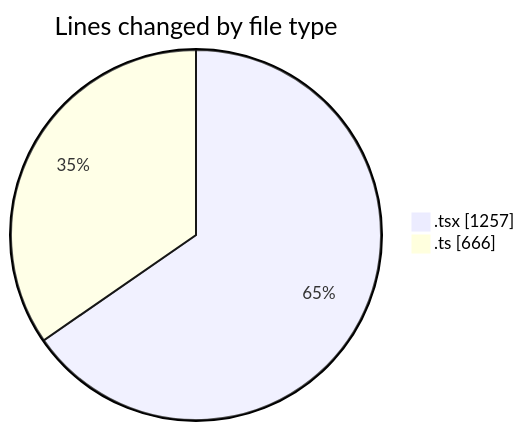
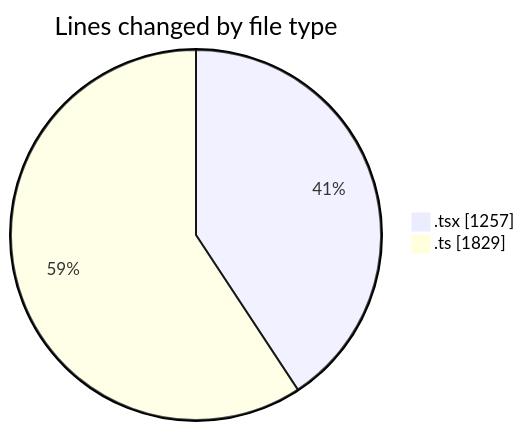
One commit to nxtqubesakshisongat/code-tracking changed the first of 2 diagrams in 2026-05-03/nxtqube_webapp/README.md. Above: the diagram before and after it, drawn with Mermaid. The commit also changed other lines of this file and 1 other file, not shown here.

````diff
--- a/2026-05-03/nxtqube_webapp/README.md
+++ b/2026-05-03/nxtqube_webapp/README.md
@@ -21,6 +22,6 @@
 ```mermaid
 pie showData
 title Lines changed by file type
 ".tsx" : 1257
-".ts" : 666
+".ts" : 1829
 ```
````
